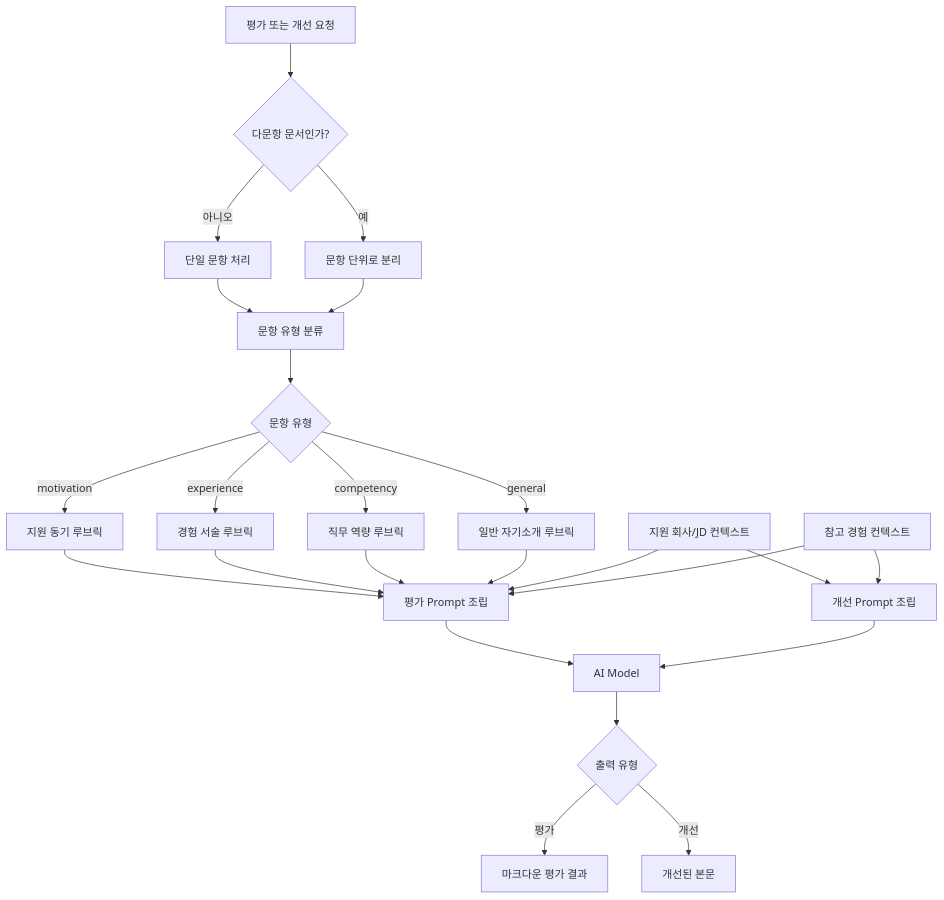
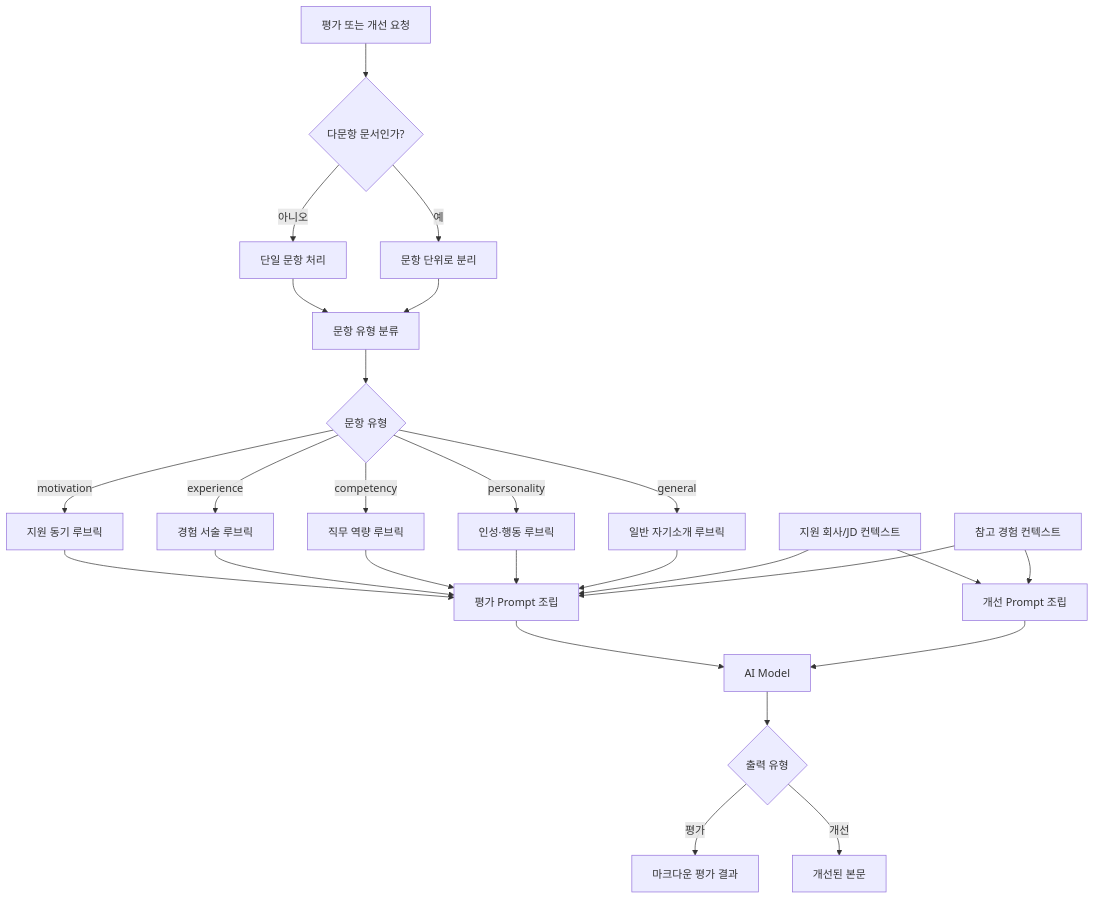
Before and after one commit to Yoonchulchung/ResearchAI: the second of 2 diagrams in docs/feature/recruit/resume/cover_letter.md, drawn with Mermaid. The commit also changed other lines of this file and 137 other files, not shown here.

````diff
--- a/docs/feature/recruit/resume/cover_letter.md
+++ b/docs/feature/recruit/resume/cover_letter.md
@@ -80,51 +80,54 @@
 ```mermaid
 flowchart TD
     Request["평가 또는 개선 요청"]
     Split{"다문항 문서인가?"}
     Single["단일 문항 처리"]
     Multi["문항 단위로 분리"]
     Classify["문항 유형 분류"]
     Type{"문항 유형"}
 
     Motivation["지원 동기 루브릭"]
     Experience["경험 서술 루브릭"]
     Competency["직무 역량 루브릭"]
+    Personality["인성·행동 루브릭"]
     General["일반 자기소개 루브릭"]
 
     CompanyCtx["지원 회사/JD 컨텍스트"]
     ExpCtx["참고 경험 컨텍스트"]
     EvalPrompt["평가 Prompt 조립"]
     ImprovePrompt["개선 Prompt 조립"]
     Model["AI Model"]
     Output{"출력 유형"}
     Markdown["마크다운 평가 결과"]
     ImprovedText["개선된 본문"]
 
     Request --> Split
     Split -->|아니오| Single
     Split -->|예| Multi
     Single --> Classify
     Multi --> Classify
     Classify --> Type
 
     Type -->|motivation| Motivation
     Type -->|experience| Experience
     Type -->|competency| Competency
+    Type -->|personality| Personality
     Type -->|general| General
 
     Motivation --> EvalPrompt
     Experience --> EvalPrompt
     Competency --> EvalPrompt
+    Personality --> EvalPrompt
     General --> EvalPrompt
 
     CompanyCtx --> EvalPrompt
     ExpCtx --> EvalPrompt
     CompanyCtx --> ImprovePrompt
     ExpCtx --> ImprovePrompt
 
     EvalPrompt --> Model
     ImprovePrompt --> Model
     Model --> Output
     Output -->|평가| Markdown
     Output -->|개선| ImprovedText
 ```
````
